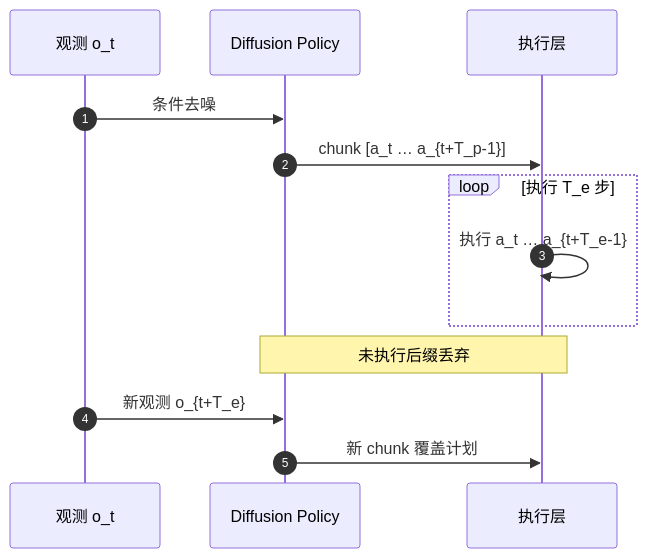
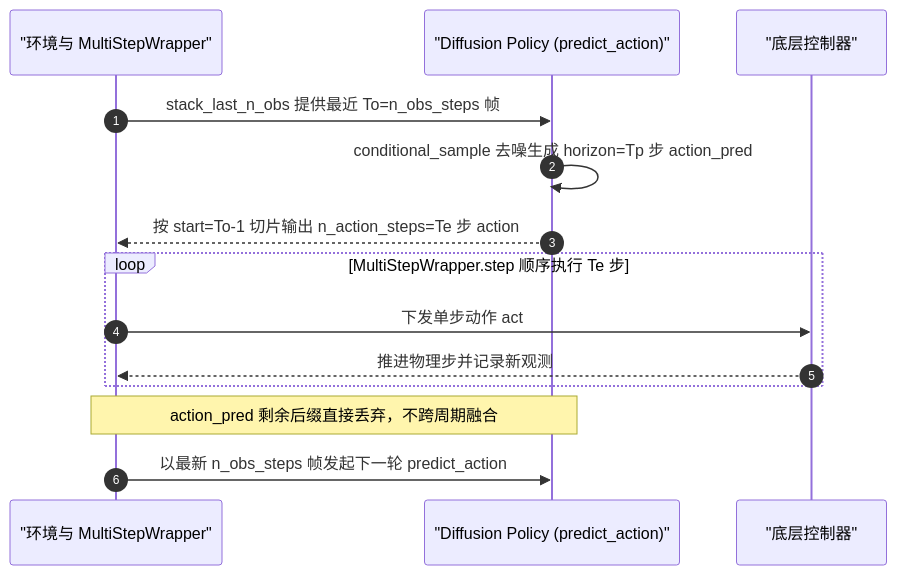
One commit to ImChong/Robotics_Notebooks changed the first of 2 diagrams in wiki/concepts/receding-horizon-policy-execution.md. Above: the diagram before and after it, drawn with Mermaid. The commit also changed other lines of this file and 51 other files, not shown here.

````diff
--- a/wiki/concepts/receding-horizon-policy-execution.md
+++ b/wiki/concepts/receding-horizon-policy-execution.md
@@ -69,15 +73,16 @@
 ```mermaid
 sequenceDiagram
     autonumber
-    participant Obs as 观测 o_t
-    participant Pol as Diffusion Policy
-    participant Exec as 执行层
-    Obs->>Pol: 条件去噪
-    Pol->>Exec: chunk [a_t … a_{t+T_p-1}]
-    loop 执行 T_e 步
-        Exec->>Exec: 执行 a_t … a_{t+T_e-1}
+    participant Env as "环境与 MultiStepWrapper"
+    participant Pol as "Diffusion Policy (predict_action)"
+    participant Exec as "底层控制器"
+    Env->>Pol: stack_last_n_obs 提供最近 To=n_obs_steps 帧
+    Pol->>Pol: conditional_sample 去噪生成 horizon=Tp 步 action_pred
+    Pol-->>Env: 按 start=To-1 切片输出 n_action_steps=Te 步 action
+    loop MultiStepWrapper.step 顺序执行 Te 步
+        Env->>Exec: 下发单步动作 act
+        Exec-->>Env: 推进物理步并记录新观测
     end
-    Note over Pol,Exec: 未执行后缀丢弃
-    Obs->>Pol: 新观测 o_{t+T_e}
-    Pol->>Exec: 新 chunk 覆盖计划
+    Note over Env,Pol: action_pred 剩余后缀直接丢弃，不跨周期融合
+    Env->>Pol: 以最新 n_obs_steps 帧发起下一轮 predict_action
 ```
````
